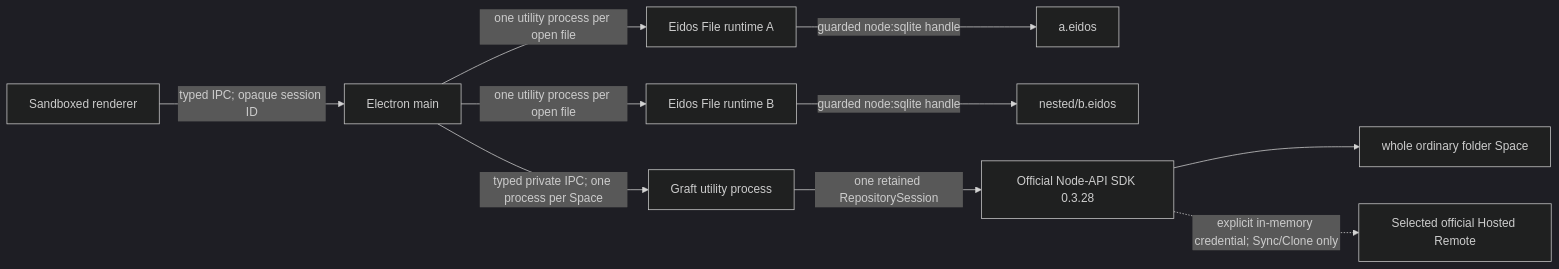
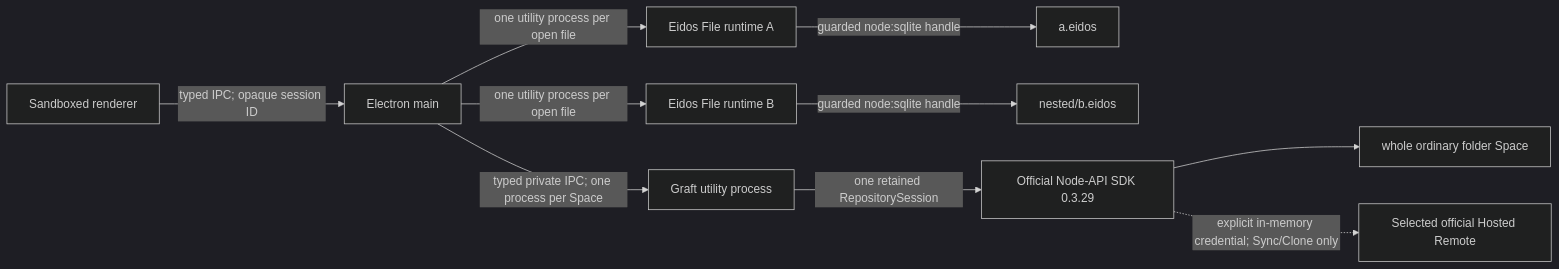
One commit to mayneyao/eidos changed the first of 3 diagrams in apps/eidos-lite-desktop/docs/ARCHITECTURE.md. Above: the diagram before and after it, drawn with Mermaid (dark theme). The commit also changed other lines of this file and 13 other files, not shown here.

````diff
--- a/apps/eidos-lite-desktop/docs/ARCHITECTURE.md
+++ b/apps/eidos-lite-desktop/docs/ARCHITECTURE.md
@@ -58,12 +58,12 @@
 ```mermaid
 flowchart LR
   R["Sandboxed renderer"] -->|"typed IPC; opaque session ID"| M["Electron main"]
   M -->|"one utility process per open file"| F1["Eidos File runtime A"]
   M -->|"one utility process per open file"| F2["Eidos File runtime B"]
   F1 -->|"guarded node:sqlite handle"| E1["a.eidos"]
   F2 -->|"guarded node:sqlite handle"| E2["nested/b.eidos"]
   M -->|"typed private IPC; one process per Space"| G["Graft utility process"]
-  G -->|"one retained RepositorySession"| N["Official Node-API SDK 0.3.28"]
+  G -->|"one retained RepositorySession"| N["Official Node-API SDK 0.3.29"]
   N --> S["whole ordinary folder Space"]
   N -. "explicit in-memory credential; Sync/Clone only" .-> H["Selected official Hosted Remote"]
 ```
````
